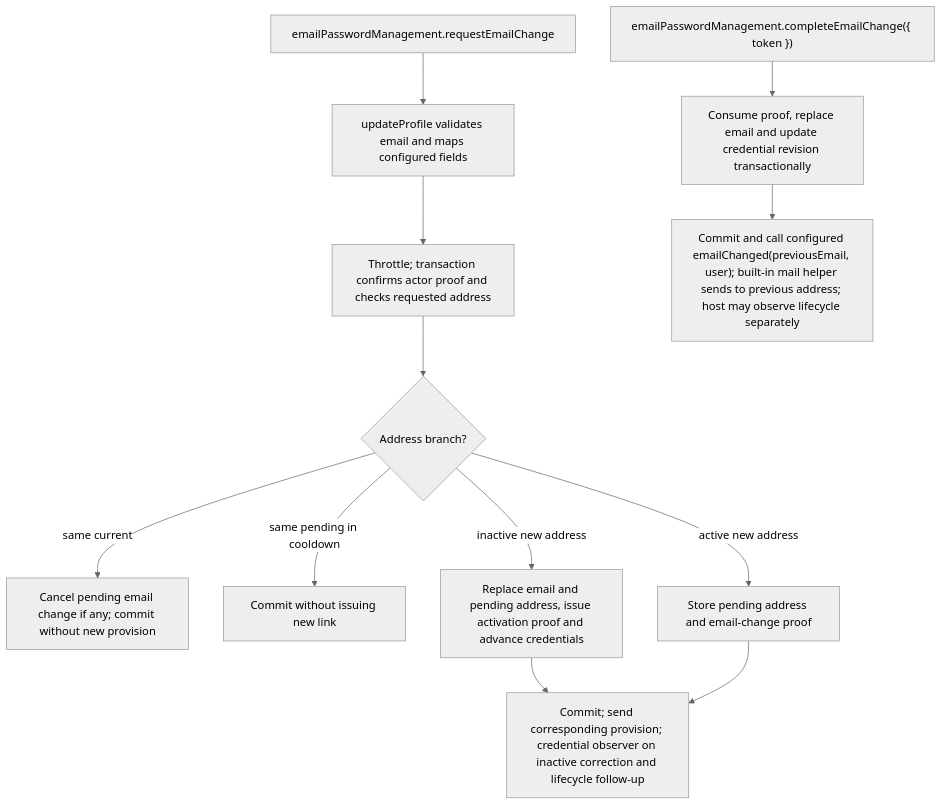
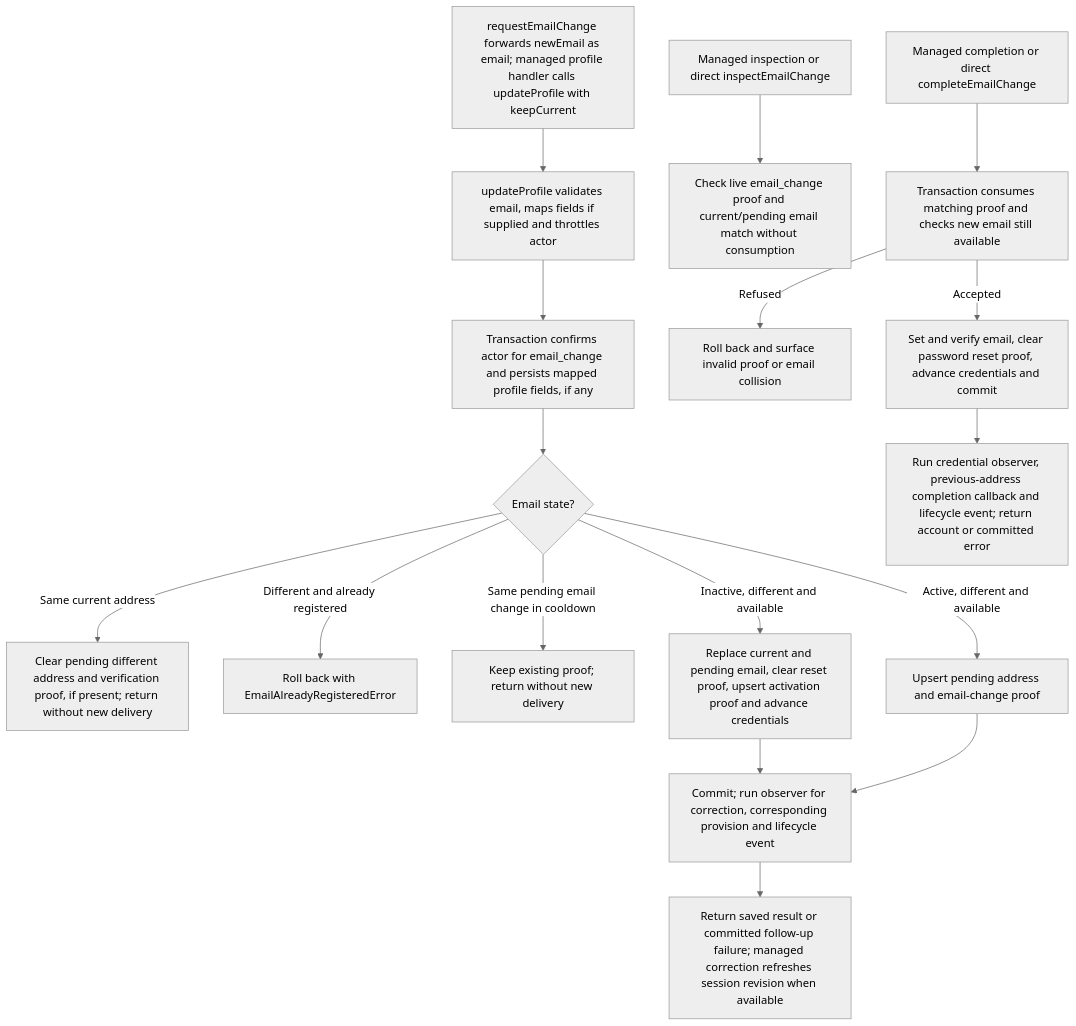
The second of 2 diagrams in user-stories/US-ACCOUNT-06-change-email.md (Kevinjohn/oss-adonisjs-account-kit), drawn with Mermaid (neutral theme) before and after one commit. The commit also changed other lines of this file and 70 other files, not shown here.

Commit message:
Refresh the Account Kit user story catalogue for 0.6.0

````diff
--- a/user-stories/US-ACCOUNT-06-change-email.md
+++ b/user-stories/US-ACCOUNT-06-change-email.md
@@ -40,14 +43,19 @@
 ```mermaid
 flowchart TD
- A["emailPasswordManagement.requestEmailChange"] --> B["updateProfile validates email and maps configured fields"]
- B --> C["Throttle; transaction confirms actor proof and checks requested address"]
- C --> I{"Address branch?"}
- I -->|same current| J["Cancel pending email change if any; commit without new provision"]
- I -->|same pending in cooldown| K["Commit without issuing new link"]
- I -->|inactive new address| L["Replace email and pending address, issue activation proof and advance credentials"]
- I -->|active new address| M["Store pending address and email-change proof"]
- L --> D["Commit; send corresponding provision; credential observer on inactive correction and lifecycle follow-up"]
- M --> D
- E["emailPasswordManagement.completeEmailChange({ token })"] --> F["Consume proof, replace email and update credential revision transactionally"]
- F --> G["Commit and call configured emailChanged(previousEmail, user); built-in mail helper sends to previous address; host may observe lifecycle separately"]
+  A["requestEmailChange forwards newEmail as email; managed profile handler calls updateProfile with keepCurrent"] --> B["updateProfile validates email, maps fields if supplied and throttles actor"]
+  B --> C["Transaction confirms actor for email_change and persists mapped profile fields, if any"]
+  C --> I{"Email state?"}
+  I -->|Same current address| J["Clear pending different address and verification proof, if present; return without new delivery"]
+  I -->|Different and already registered| X["Roll back with EmailAlreadyRegisteredError"]
+  I -->|Same pending email change in cooldown| K["Keep existing proof; return without new delivery"]
+  I -->|Inactive, different and available| L["Replace current and pending email, clear reset proof, upsert activation proof and advance credentials"]
+  I -->|Active, different and available| M["Upsert pending address and email-change proof"]
+  L --> D["Commit; run observer for correction, corresponding provision and lifecycle event"]
+  M --> D
+  D --> Z["Return saved result or committed follow-up failure; managed correction refreshes session revision when available"]
+  Q["Managed inspection or direct inspectEmailChange"] --> T["Check live email_change proof and current/pending email match without consumption"]
+  E["Managed completion or direct completeEmailChange"] --> F["Transaction consumes matching proof and checks new email still available"]
+  F -->|Refused| X2["Roll back and surface invalid proof or email collision"]
+  F -->|Accepted| G["Set and verify email, clear password reset proof, advance credentials and commit"]
+  G --> O["Run credential observer, previous-address completion callback and lifecycle event; return account or committed error"]
 ```
````
